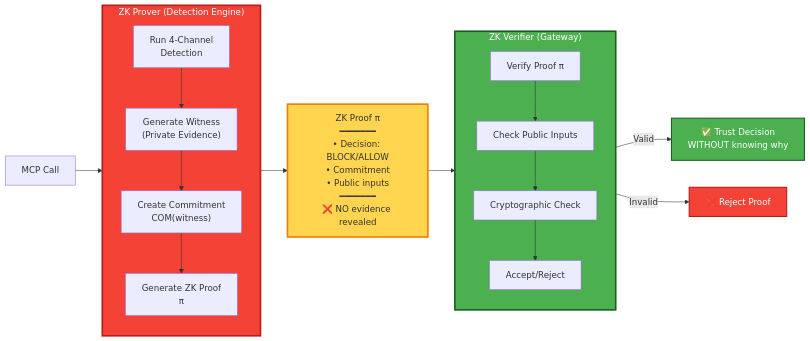
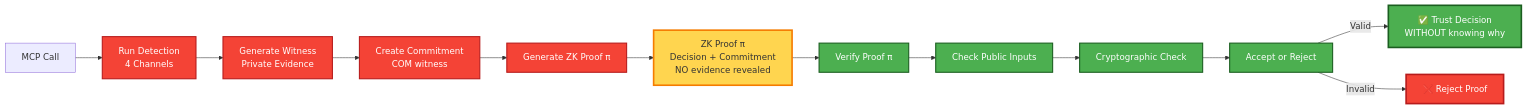
One commit to safe-mcp-platform/safe-mcp-platform changed the fourth of 4 diagrams in README.md. Above: the diagram before and after it, drawn with Mermaid. The commit also changed other lines of this file, not shown here.

First line of the commit message:
docs: redesign architecture diagrams for clarity

````diff
--- a/README.md
+++ b/README.md
@@ -330,35 +332,43 @@
 ```mermaid
 flowchart LR
-    subgraph PROVER["ZK Prover (Detection Engine)"]
-        direction TB
-        P1["Run 4-Channel<br/>Detection"]
-        P2["Generate Witness<br/>(Private Evidence)"]
-        P3["Create Commitment<br/>COM(witness)"]
-        P4["Generate ZK Proof<br/>π"]
-        P1 --> P2 --> P3 --> P4
-    end
+    MCP["MCP Call"]
     
-    MCP["MCP Call"] --> PROVER
+    P1["Run Detection<br/>4 Channels"]
+    P2["Generate Witness<br/>Private Evidence"]
+    P3["Create Commitment<br/>COM witness"]
+    P4["Generate ZK Proof π"]
     
-    P4 --> PROOF["ZK Proof π<br/>━━━━━━━<br/>• Decision: BLOCK/ALLOW<br/>• Commitment<br/>• Public inputs<br/>━━━━━━━<br/>❌ NO evidence revealed"]
+    PROOF["ZK Proof π<br/>Decision + Commitment<br/>NO evidence revealed"]
     
-    PROOF --> VERIFIER
+    V1["Verify Proof π"]
+    V2["Check Public Inputs"]
+    V3["Cryptographic Check"]
+    V4["Accept or Reject"]
     
-    subgraph VERIFIER["ZK Verifier (Gateway)"]
-        direction TB
-        V1["Verify Proof π"]
-        V2["Check Public Inputs"]
-        V3["Cryptographic Check"]
-        V4["Accept/Reject"]
-        V1 --> V2 --> V3 --> V4
-    end
+    ACCEPT["✅ Trust Decision<br/>WITHOUT knowing why"]
+    REJECT["❌ Reject Proof"]
     
-    V4 -->|Valid| ACCEPT["✅ Trust Decision<br/>WITHOUT knowing why"]
-    V4 -->|Invalid| REJECT["❌ Reject Proof"]
+    MCP --> P1
+    P1 --> P2
+    P2 --> P3
+    P3 --> P4
+    P4 --> PROOF
+    PROOF --> V1
+    V1 --> V2
+    V2 --> V3
+    V3 --> V4
+    V4 -->|"Valid"| ACCEPT
+    V4 -->|"Invalid"| REJECT
     
-    style PROVER fill:#f44336,color:#fff,stroke:#b71c1c,stroke-width:3px
-    style VERIFIER fill:#4caf50,color:#fff,stroke:#1b5e20,stroke-width:3px
+    style P1 fill:#f44336,color:#fff,stroke:#b71c1c,stroke-width:2px
+    style P2 fill:#f44336,color:#fff,stroke:#b71c1c,stroke-width:2px
+    style P3 fill:#f44336,color:#fff,stroke:#b71c1c,stroke-width:2px
+    style P4 fill:#f44336,color:#fff,stroke:#b71c1c,stroke-width:2px
     style PROOF fill:#ffd54f,stroke:#f57c00,stroke-width:3px
-    style ACCEPT fill:#4caf50,color:#fff,stroke:#1b5e20,stroke-width:2px
-    style REJECT fill:#f44336,color:#fff,stroke:#b71c1c,stroke-width:2px
+    style V1 fill:#4caf50,color:#fff,stroke:#1b5e20,stroke-width:2px
+    style V2 fill:#4caf50,color:#fff,stroke:#1b5e20,stroke-width:2px
+    style V3 fill:#4caf50,color:#fff,stroke:#1b5e20,stroke-width:2px
+    style V4 fill:#4caf50,color:#fff,stroke:#1b5e20,stroke-width:2px
+    style ACCEPT fill:#4caf50,color:#fff,stroke:#1b5e20,stroke-width:3px
+    style REJECT fill:#f44336,color:#fff,stroke:#b71c1c,stroke-width:3px
 ```
````
